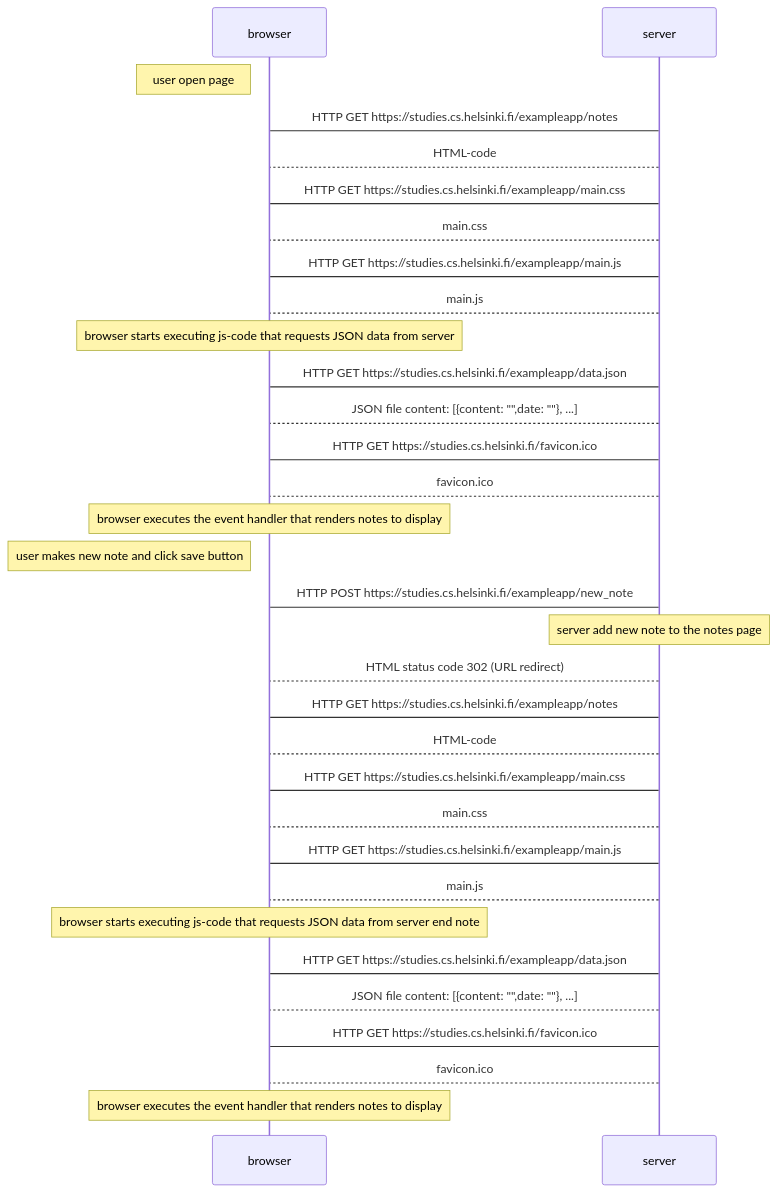
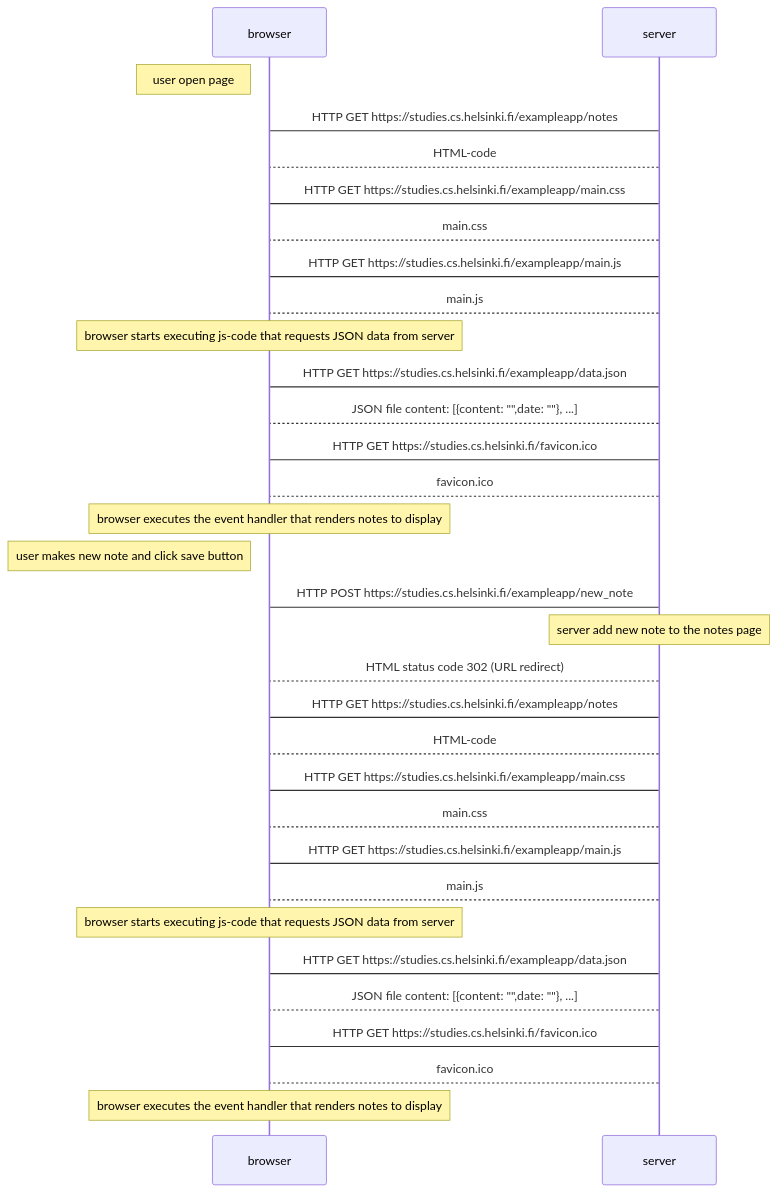
Before and after one commit to masharma2004/fullstackOpen: the diagram in part0/0.4.md, drawn with Mermaid. The commit also changed other lines of this file and 2 other files, not shown here.

Commit message:
end commit

```diff
--- a/part0/0.4.md
+++ b/part0/0.4.md
@@ -1,50 +1,49 @@
 :::mermaid
 sequenceDiagram
 participant browser
 participant server
 
 Note left of browser : user open page
 
 browser->server: HTTP GET https://studies.cs.helsinki.fi/exampleapp/notes
 server-->browser: HTML-code
 browser->server: HTTP GET https://studies.cs.helsinki.fi/exampleapp/main.css
 server-->browser: main.css
 browser->server: HTTP GET https://studies.cs.helsinki.fi/exampleapp/main.js
 server-->browser: main.js
 
 note over browser: browser starts executing js-code that requests JSON data from server
 
 
 browser->server: HTTP GET https://studies.cs.helsinki.fi/exampleapp/data.json
 server-->browser: JSON file content: [{content: "",date: ""}, ...]
 browser->server: HTTP GET https://studies.cs.helsinki.fi/favicon.ico
 server-->browser: favicon.ico
 
 note over browser: browser executes the event handler that renders notes to display
 
 
 note left of browser: user makes new note and click save button
 
 browser->server: HTTP POST https://studies.cs.helsinki.fi/exampleapp/new_note
 
 note over server: server add new note to the notes page
 
 
 server-->browser: HTML status code 302 (URL redirect)
 browser->server: HTTP GET https://studies.cs.helsinki.fi/exampleapp/notes
 server-->browser: HTML-code
 browser->server: HTTP GET https://studies.cs.helsinki.fi/exampleapp/main.css
 server-->browser: main.css
 browser->server: HTTP GET https://studies.cs.helsinki.fi/exampleapp/main.js
 server-->browser: main.js
 
-note over browser: browser starts executing js-code that requests JSON data from server end note
+note over browser: browser starts executing js-code that requests JSON data from server
 
 browser->server: HTTP GET https://studies.cs.helsinki.fi/exampleapp/data.json
 server-->browser: JSON file content: [{content: "",date: ""}, ...]
 browser->server: HTTP GET https://studies.cs.helsinki.fi/favicon.ico
 server-->browser: favicon.ico
 
 note over browser: browser executes the event handler that renders notes to display
-
 :::
```
